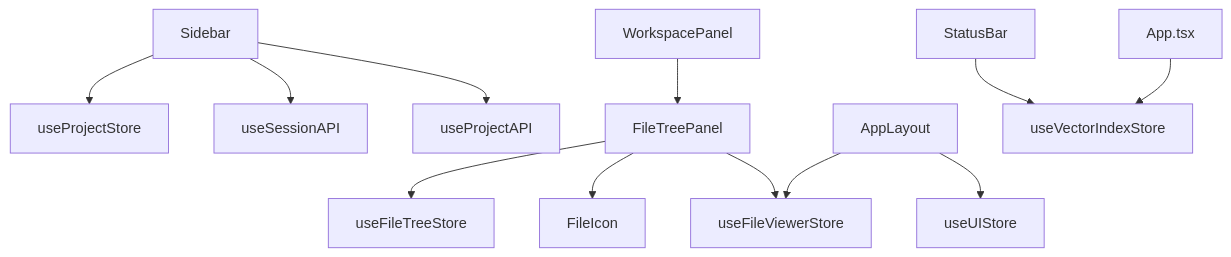
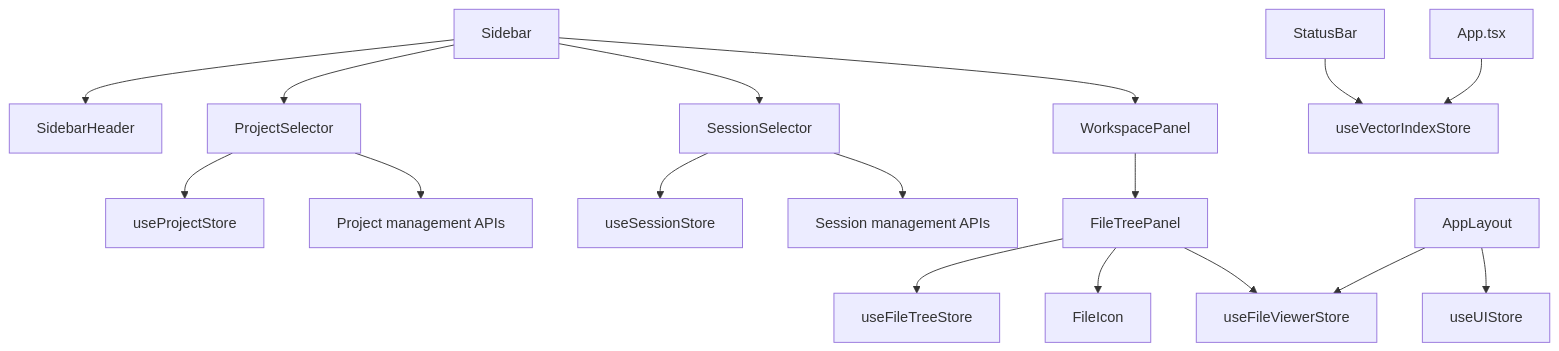
The eighth of 8 diagrams in .qoder/repowiki/en/content/Frontend Application/UI Components/Layout and Navigation Components.md (v0lka/c0wrk), drawn with Mermaid before and after one commit. The commit also changed other lines of this file and 13 other files, not shown here.

````diff
--- a/.qoder/repowiki/en/content/Frontend Application/UI Components/Layout and Navigation Components.md
+++ b/.qoder/repowiki/en/content/Frontend Application/UI Components/Layout and Navigation Components.md
@@ -311,14 +411,19 @@
 ```mermaid
 graph TB
-Sidebar --> ProjectStore["useProjectStore"]
-Sidebar --> SessionAPI["useSessionAPI"]
-Sidebar --> ProjectAPI["useProjectAPI"]
+Sidebar --> SidebarHeader
+Sidebar --> ProjectSelector
+Sidebar --> SessionSelector
+Sidebar --> WorkspacePanel
+ProjectSelector --> ProjectStore["useProjectStore"]
+ProjectSelector --> ProjectAPI["Project management APIs"]
+SessionSelector --> SessionStore["useSessionStore"]
+SessionSelector --> SessionAPI["Session management APIs"]
 WorkspacePanel --> FileTreePanel
 FileTreePanel --> FileTreeStore["useFileTreeStore"]
 FileTreePanel --> FileIcon
 FileTreePanel --> FileViewerStore["useFileViewerStore"]
 AppLayout --> UIStore["useUIStore"]
 AppLayout --> FileViewerStore
 StatusBar --> VectorIndexStore["useVectorIndexStore"]
 App["App.tsx"] --> VectorIndexStore
 ```
````
